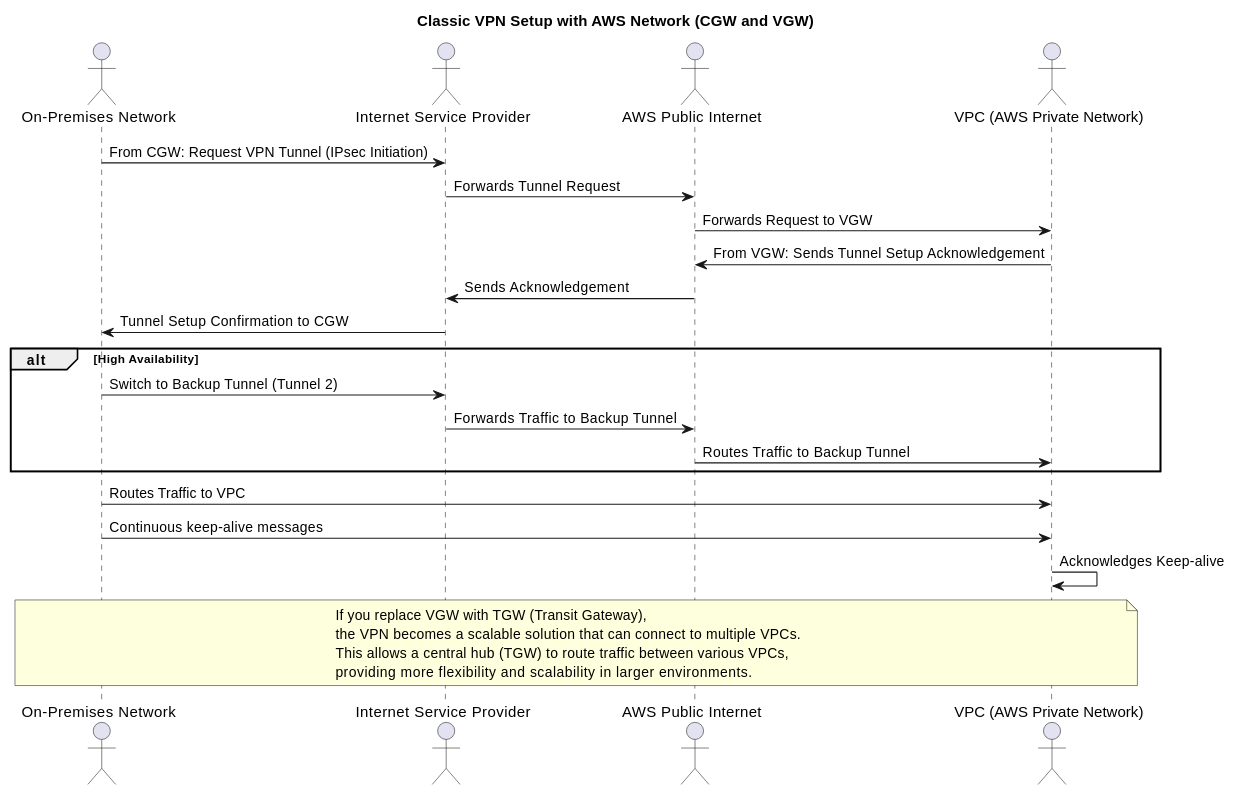
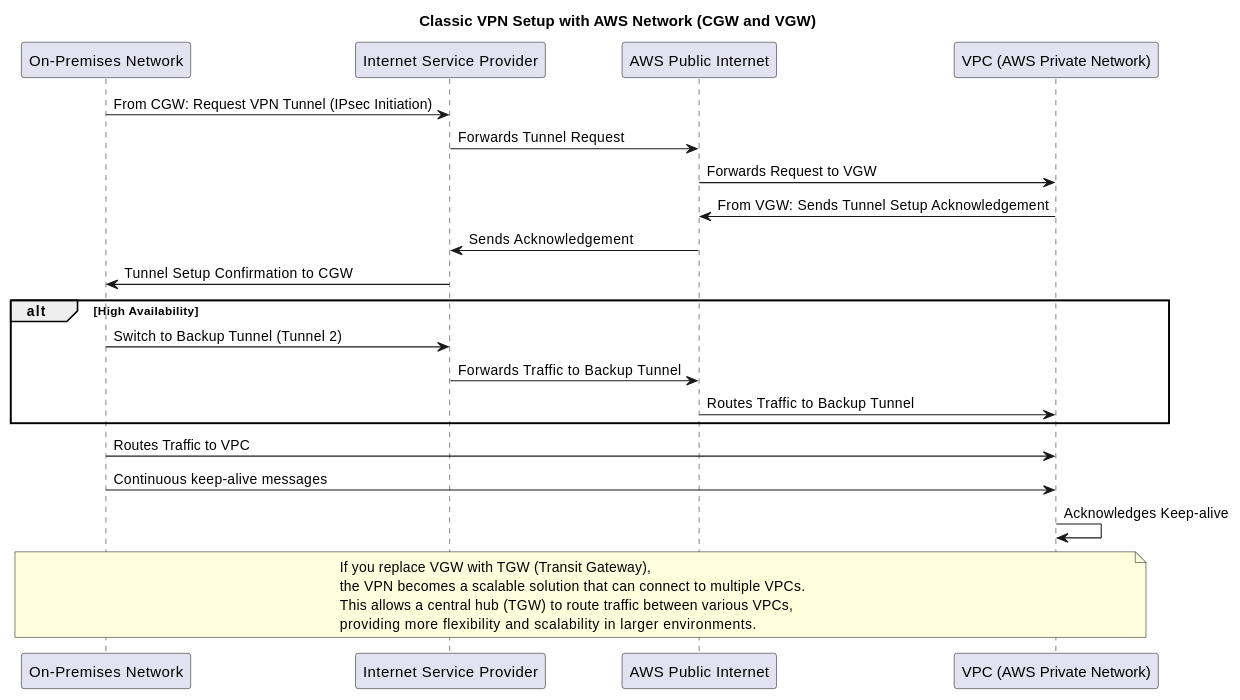
Before and after one commit to gLuColte/glucolte.github.io: the first of 6 diagrams in study/infrastructureAWSNetwork.md, drawn with PlantUML. The commit also changed other lines of this file and 39 other files, not shown here.

```diff
--- a/study/infrastructureAWSNetwork.md
+++ b/study/infrastructureAWSNetwork.md
@@ -324,35 +419,35 @@
 @startuml
 title Classic VPN Setup with AWS Network (CGW and VGW)
 
-actor OnPrem as "On-Premises Network"
-actor ISP as "Internet Service Provider"
-actor Internet as "AWS Public Internet"
-actor VPC as "VPC (AWS Private Network)"
+participant OnPrem as "On-Premises Network"
+participant ISP as "Internet Service Provider"
+participant Internet as "AWS Public Internet"
+participant VPC as "VPC (AWS Private Network)"
 
 ' Classic VPN (VGW method)
 OnPrem -> ISP : From CGW: Request VPN Tunnel (IPsec Initiation)
 ISP -> Internet : Forwards Tunnel Request
 Internet -> VPC : Forwards Request to VGW
 VPC -> Internet : From VGW: Sends Tunnel Setup Acknowledgement
 Internet -> ISP : Sends Acknowledgement
 ISP -> OnPrem : Tunnel Setup Confirmation to CGW
 
 alt High Availability
     OnPrem -> ISP : Switch to Backup Tunnel (Tunnel 2)
     ISP -> Internet : Forwards Traffic to Backup Tunnel
     Internet -> VPC : Routes Traffic to Backup Tunnel
 end
 
 OnPrem -> VPC : Routes Traffic to VPC
 OnPrem -> VPC : Continuous keep-alive messages
 VPC -> VPC : Acknowledges Keep-alive
 
 ' Floating note at the very bottom
 note across
   If you replace VGW with TGW (Transit Gateway),  
   the VPN becomes a scalable solution that can connect to multiple VPCs.  
   This allows a central hub (TGW) to route traffic between various VPCs,  
   providing more flexibility and scalability in larger environments.
 end note
 
 @enduml
```
